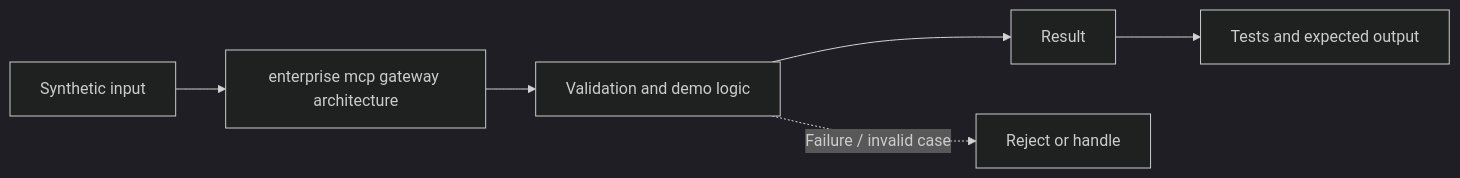
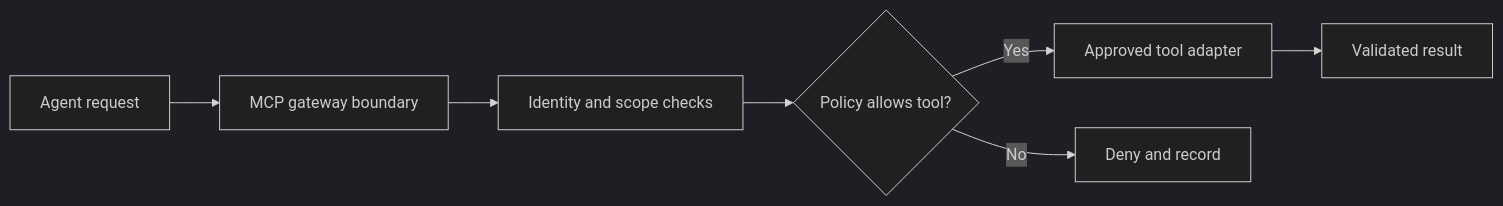
Before and after one commit to akkhil2012/AgenticSamplesPrincipalEngineer: the diagram in docs/architecture.md, drawn with Mermaid (dark theme). The commit also changed other lines of this file, not shown here.

Commit message:
docs: add concept-specific architecture flow

````diff
--- a/docs/architecture.md
+++ b/docs/architecture.md
@@ -3,8 +5,9 @@
 ```mermaid
 flowchart LR
- A["Synthetic input"] --> B["enterprise mcp gateway architecture"]
- B --> C["Validation and demo logic"]
- C --> D["Result"]
- C -. "Failure / invalid case" .-> E["Reject or handle"]
- D --> F["Tests and expected output"]
+ A["Agent request"] --> G["MCP gateway boundary"]
+ G --> I["Identity and scope checks"]
+ I --> P{"Policy allows tool?"}
+ P -->|Yes| T["Approved tool adapter"]
+ T --> R["Validated result"]
+ P -->|No| X["Deny and record"]
 ```
````
